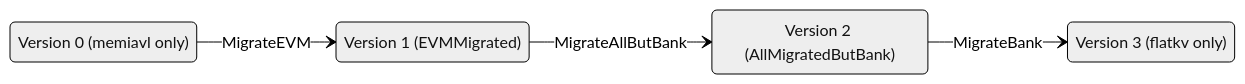
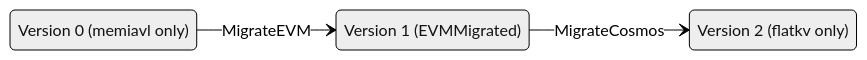
One commit to sei-protocol/sei-chain changed the first of 2 diagrams in sei-db/state_db/sc/migration/README.md. Above: the diagram before and after it, drawn with Mermaid (neutral theme). The commit also changed other lines of this file and 29 other files, not shown here.

First line of the commit message:
Merge the post-EVM flatkv migration phases into MigrateCosmos

````diff
--- a/sei-db/state_db/sc/migration/README.md
+++ b/sei-db/state_db/sc/migration/README.md
@@ -7,11 +7,9 @@
 ```mermaid
 stateDiagram-v2
     direction LR
     v0: Version 0 (memiavl only)
     v1: Version 1 (EVMMigrated)
-    v2: Version 2 (AllMigratedButBank)
-    v3: Version 3 (flatkv only)
+    v2: Version 2 (flatkv only)
     v0 --> v1: MigrateEVM
-    v1 --> v2: MigrateAllButBank
-    v2 --> v3: MigrateBank
+    v1 --> v2: MigrateCosmos
 ```
````
